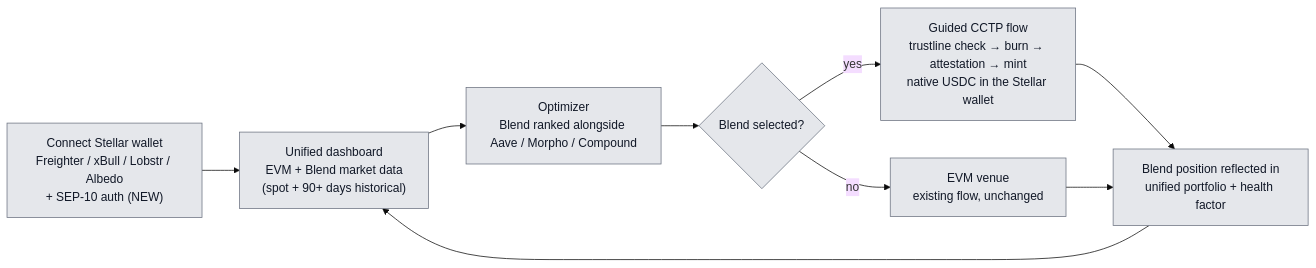
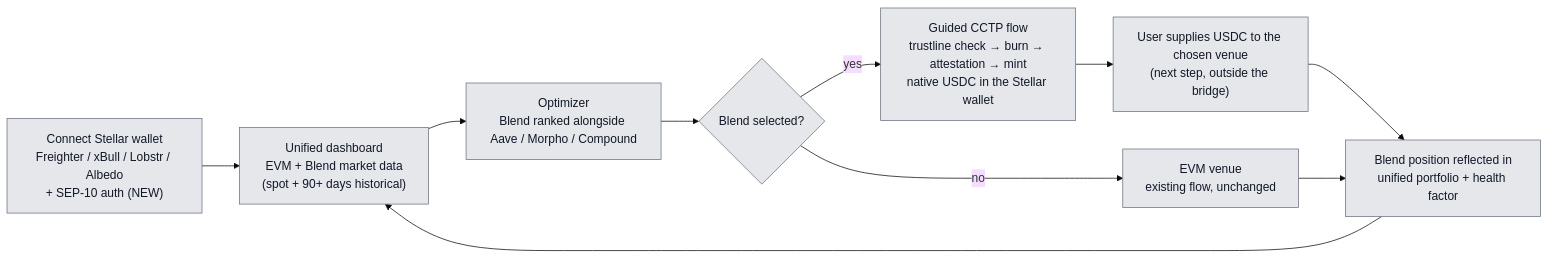
The sixth of 6 diagrams in docs/architecture-stellar-integration.md (gelenbedalen-art/lendwise), drawn with Mermaid (base theme) before and after one commit. The commit also changed other lines of this file, not shown here.

Commit message:
Show the venue deposit as a separate step after the bridge

````diff
--- a/docs/architecture-stellar-integration.md
+++ b/docs/architecture-stellar-integration.md
@@ -392,14 +392,15 @@
 ```mermaid
 flowchart LR
     A["Connect Stellar wallet<br/>Freighter / xBull / Lobstr / Albedo<br/>+ SEP-10 auth (NEW)"] --> B["Unified dashboard<br/>EVM + Blend market data<br/>(spot + 90+ days historical)"]
     B --> C["Optimizer<br/>Blend ranked alongside Aave / Morpho / Compound"]
     C --> D{"Blend selected?"}
     D -->|"yes"| E["Guided CCTP flow<br/>trustline check → burn → attestation → mint<br/>native USDC in the Stellar wallet"]
     D -->|"no"| F["EVM venue<br/>existing flow, unchanged"]
-    E --> G["Blend position reflected in<br/>unified portfolio + health factor"]
+    E --> E2["User supplies USDC to the chosen venue<br/>(next step, outside the bridge)"]
+    E2 --> G["Blend position reflected in<br/>unified portfolio + health factor"]
     F --> G
     G --> B
 
     classDef core fill:#e5e7eb,stroke:#6b7280,color:#111827;
-    class A,B,C,D,E,F,G core;
+    class A,B,C,D,E,E2,F,G core;
 ```
````
